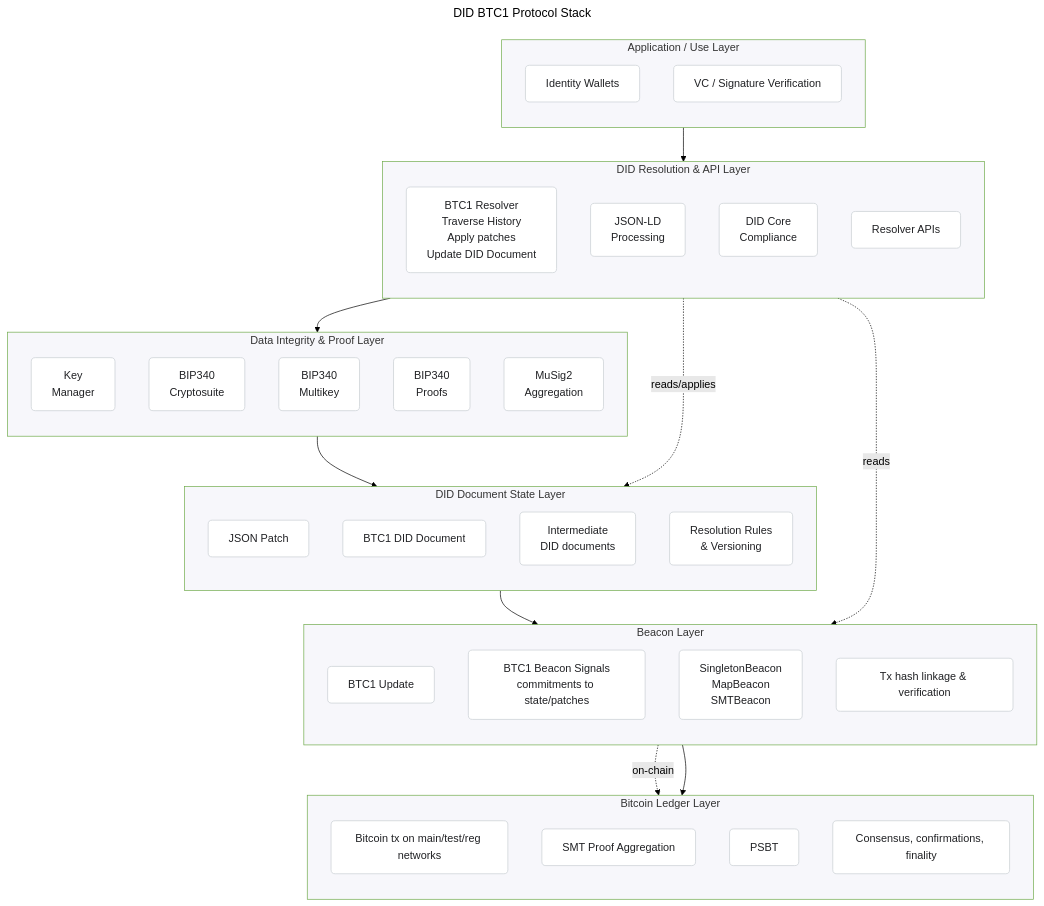
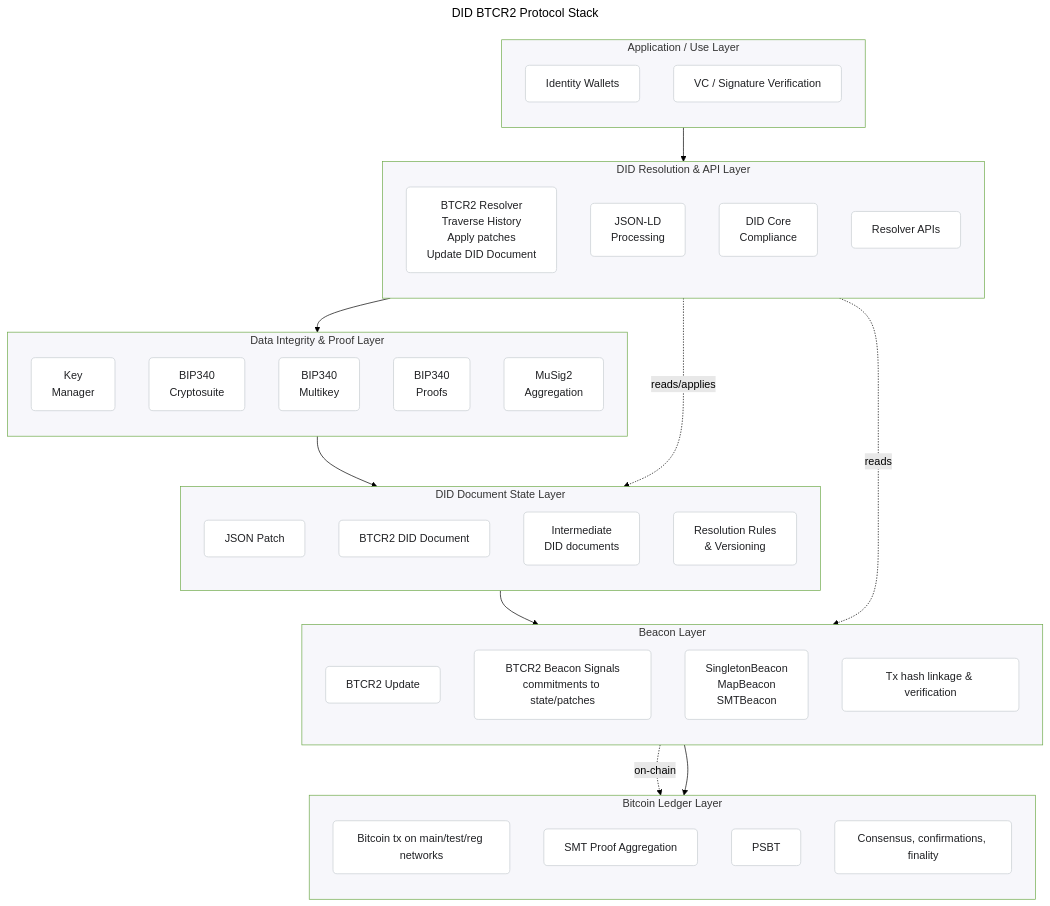
Before and after one commit to jintekc/website-btcr2-dev: the diagram in docs/public/diagrams/protocol.mmd, drawn with Mermaid (forest theme). The commit also changed 20 other files, not shown here.

```diff
--- a/docs/public/diagrams/protocol.mmd
+++ b/docs/public/diagrams/protocol.mmd
@@ -1,69 +1,69 @@
 ---
-title: DID BTC1 Protocol Stack
+title: DID BTCR2 Protocol Stack
 ---
 
 graph TB
   %% ---------- Styles ----------
   classDef layer fill:#f7f7fb
   classDef comp fill:#ffffff,stroke:#c7cdd1,rx:6,ry:6,color:#202124
 
   %% ---------- Layers ----------
   subgraph L6[Application / Use Layer]
     direction TB
     Wallets[Identity Wallets]:::comp
     VCVerify[VC / Signature Verification]:::comp
   end
 
   subgraph L5[DID Resolution & API Layer]
     direction TB
-    Resolver[BTC1 Resolver<br/>Traverse History<br>Apply patches<br>Update DID Document]:::comp
+    Resolver[BTCR2 Resolver<br/>Traverse History<br>Apply patches<br>Update DID Document]:::comp
     JSONLD[JSON-LD<br/>Processing]:::comp
     DIDCore[DID Core<br/>Compliance]:::comp
     APIs[Resolver APIs]:::comp
   end
 
   subgraph L4[Data Integrity & Proof Layer]
     direction TB
     KeyMgr[Key<br/>Manager]:::comp
     BIP340Crypto[BIP340<br/>Cryptosuite]:::comp
     BIP340Multikey[BIP340<br/>Multikey]:::comp
     BIP340DIPCrypto[BIP340<br/>Proofs]:::comp
     MuSig[MuSig2<br/>Aggregation]:::comp
   end
 
   subgraph L3[DID Document State Layer]
     direction TB
     Patches[JSON Patch]:::comp
-    Model[BTC1 DID Document]:::comp
+    Model[BTCR2 DID Document]:::comp
     InterDoc[Intermediate<br/>DID documents]:::comp
     Rules[Resolution Rules<br/>& Versioning]:::comp
   end
 
   subgraph L2[Beacon Layer]
     direction TB
-    Ops[BTC1 Update]:::comp
-    Anchors[BTC1 Beacon Signals<br/>commitments to state/patches]:::comp
+    Ops[BTCR2 Update]:::comp
+    Anchors[BTCR2 Beacon Signals<br/>commitments to state/patches]:::comp
     Beacon[SingletonBeacon<br/>MapBeacon<br/>SMTBeacon]:::comp
     Linkage[Tx hash linkage & verification]:::comp
   end
 
   subgraph L1[Bitcoin Ledger Layer]
     direction TB
     BTC[Bitcoin tx on main/test/reg networks]:::comp
     OPRET[OP_RETURN CID Embedding]:::comp
     OPRET[SMT Proof Aggregation]:::comp
     PSBT["PSBT"]:::comp
     Finality[Consensus, confirmations, finality]:::comp
   end
 
   %% ---------- Layer connections ----------
   L6 --> L5 --> L4 --> L3 --> L2 --> L1
 
   %% Optional: show a typical data flow up & down (comment out if noisy)
   %% Resolver ==> uses proofs/state anchored on chain
   Resolver -.reads/applies.-> Patches
   Resolver -.reads.-> Anchors
   Anchors -.on-chain.-> BTC
 
   %% ---------- Apply layer framing ----------
   class L1,L2,L3,L4,L5,L6 layer
```
